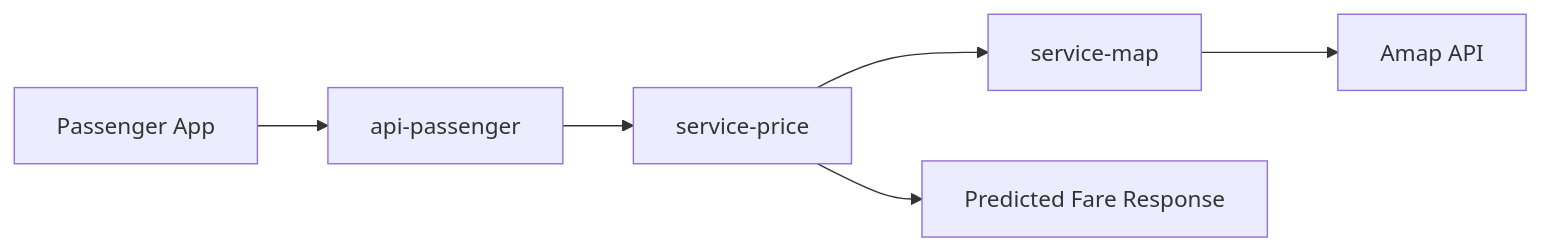
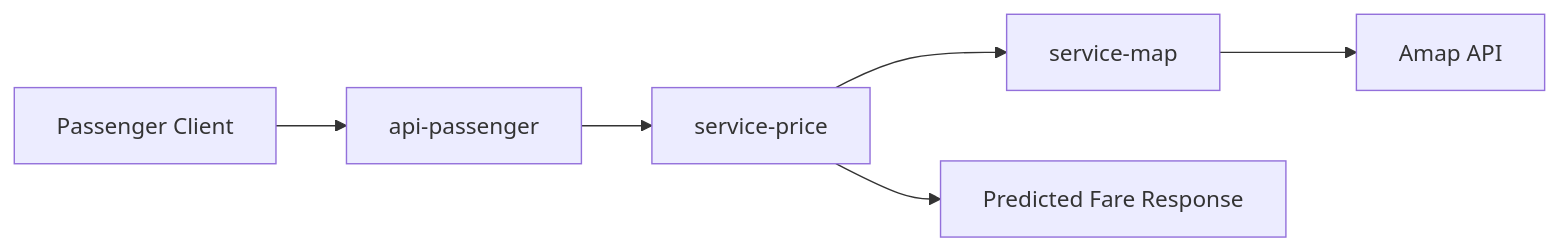
Before and after one commit to Ninika369/Fly_Taxi: the second of 3 diagrams in README.md, drawn with Mermaid. The commit also changed other lines of this file, not shown here.

Commit message:
docs(readme): align architecture, security, and runtime claims (#25)

````diff
--- a/README.md
+++ b/README.md
@@ -90,8 +106,8 @@
 ```mermaid
 flowchart LR
-    Client[Passenger App] --> AP[api-passenger]
-    AP --> PR[service-price]
-    PR --> M[service-map]
-    M --> AM[Amap API]
-    PR --> Fare[Predicted Fare Response]
+    Client["Passenger Client"] --> AP["api-passenger"]
+    AP --> PR["service-price"]
+    PR --> M["service-map"]
+    M --> AM["Amap API"]
+    PR --> Fare["Predicted Fare Response"]
 ```
````
